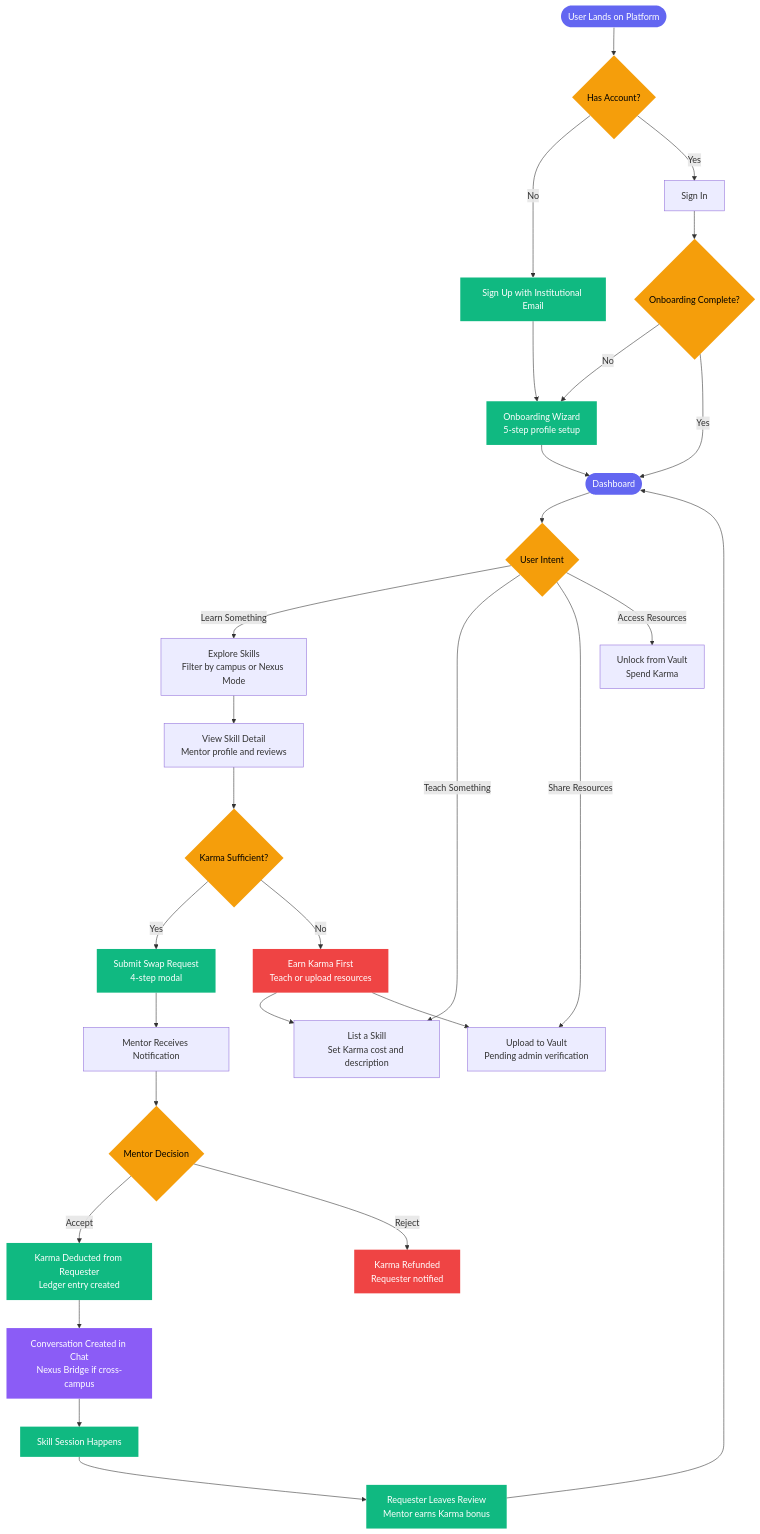
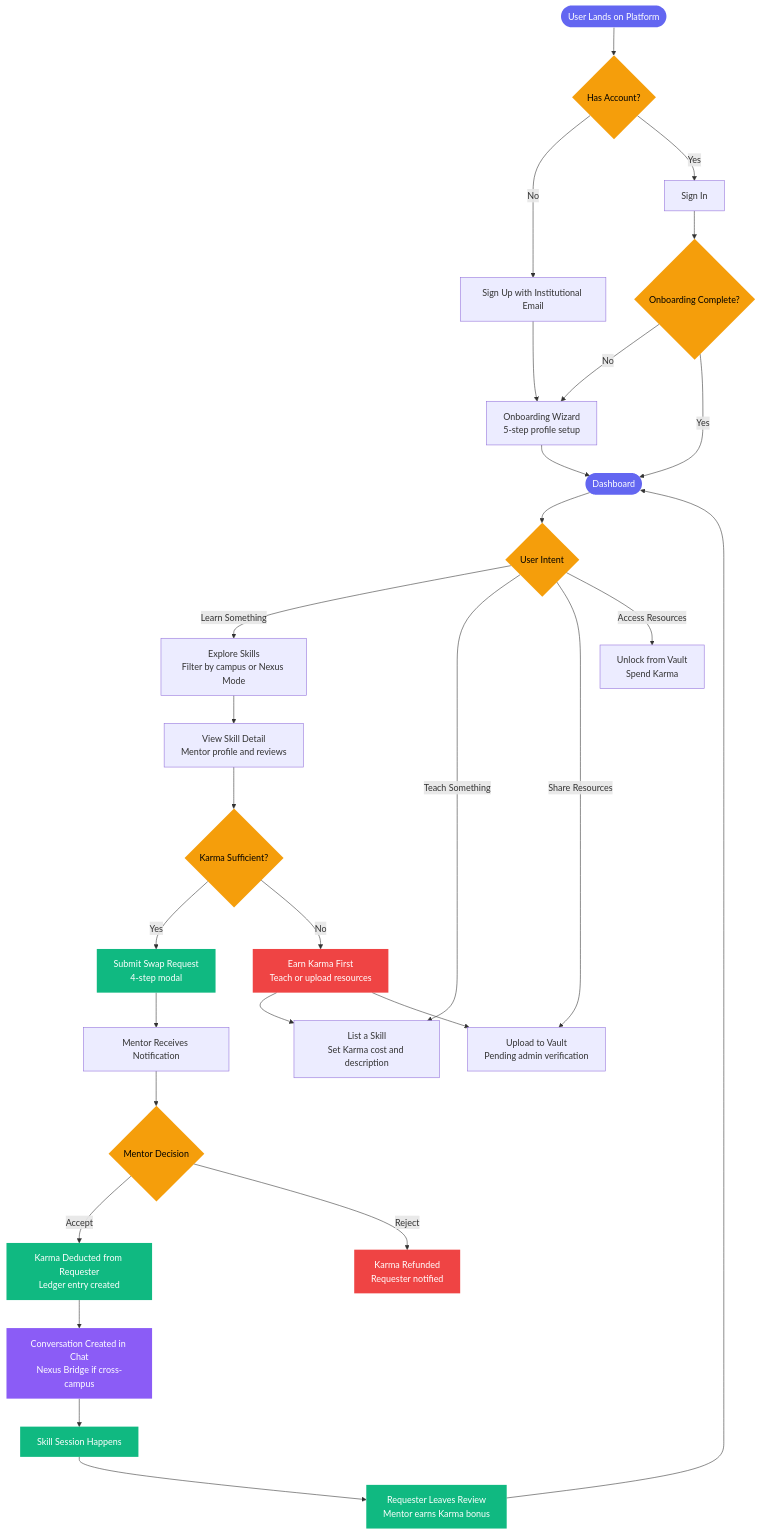
The fifth of 9 diagrams in README.md (ayushjhaa1187-spec/openclaw-hackathon-hackindia-error404-fork), drawn with Mermaid before and after one commit. The commit also changed other lines of this file, not shown here.

````diff
--- a/README.md
+++ b/README.md
@@ -136,50 +288,48 @@
 ```mermaid
 flowchart TD
     A([User Lands on Platform]) --> B{Has Account?}
     B -->|No| C[Sign Up with Institutional Email]
     B -->|Yes| D[Sign In]
     C --> E[Onboarding Wizard\n5-step profile setup]
     D --> F{Onboarding Complete?}
     F -->|No| E
     F -->|Yes| G([Dashboard])
     E --> G
 
     G --> H{User Intent}
     H -->|Learn Something| I[Explore Skills\nFilter by campus or Nexus Mode]
     H -->|Teach Something| J[List a Skill\nSet Karma cost and description]
     H -->|Share Resources| K[Upload to Vault\nPending admin verification]
     H -->|Access Resources| L[Unlock from Vault\nSpend Karma]
 
     I --> M[View Skill Detail\nMentor profile and reviews]
     M --> N{Karma Sufficient?}
     N -->|Yes| O[Submit Swap Request\n4-step modal]
     N -->|No| P[Earn Karma First\nTeach or upload resources]
     P --> J
     P --> K
 
     O --> Q[Mentor Receives Notification]
     Q --> R{Mentor Decision}
     R -->|Accept| S[Karma Deducted from Requester\nLedger entry created]
     R -->|Reject| T[Karma Refunded\nRequester notified]
     S --> U[Conversation Created in Chat\nNexus Bridge if cross-campus]
     U --> V[Skill Session Happens]
     V --> W[Requester Leaves Review\nMentor earns Karma bonus]
     W --> G
 
     style A fill:#6366F1,color:#fff,stroke:none
     style G fill:#6366F1,color:#fff,stroke:none
     style B fill:#F59E0B,color:#000,stroke:none
     style F fill:#F59E0B,color:#000,stroke:none
     style H fill:#F59E0B,color:#000,stroke:none
     style N fill:#F59E0B,color:#000,stroke:none
     style R fill:#F59E0B,color:#000,stroke:none
-    style C fill:#10B981,color:#fff,stroke:none
-    style E fill:#10B981,color:#fff,stroke:none
     style O fill:#10B981,color:#fff,stroke:none
     style S fill:#10B981,color:#fff,stroke:none
     style V fill:#10B981,color:#fff,stroke:none
     style W fill:#10B981,color:#fff,stroke:none
     style P fill:#EF4444,color:#fff,stroke:none
     style T fill:#EF4444,color:#fff,stroke:none
     style U fill:#8B5CF6,color:#fff,stroke:none
 ```
````
